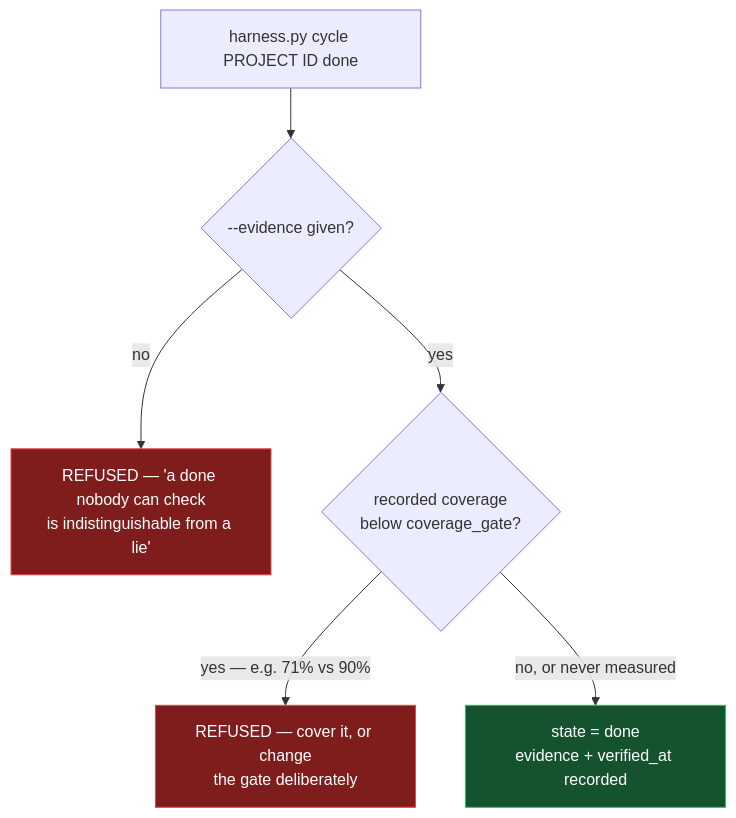
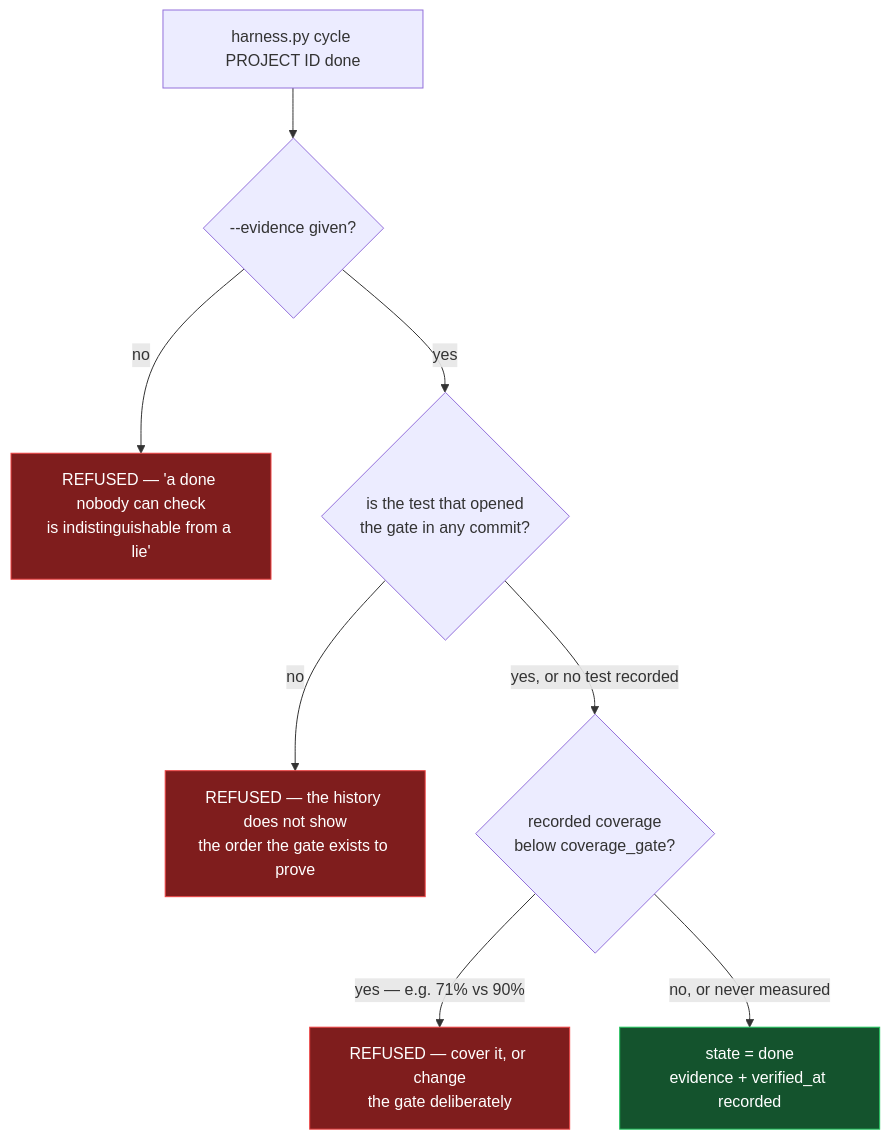
One commit to tonsai987654321/claude-tdd-harness changed the third of 6 diagrams in docs/FLOW.md. Above: the diagram before and after it, drawn with Mermaid. The commit also changed other lines of this file and 11 other files, not shown here.

````diff
--- a/docs/FLOW.md
+++ b/docs/FLOW.md
@@ -110,12 +118,15 @@
 ```mermaid
 flowchart TD
     A["harness.py cycle PROJECT ID done"] --> B{"--evidence given?"}
     B -- no --> R1["REFUSED — 'a done nobody can check<br/>is indistinguishable from a lie'"]
-    B -- yes --> C{"recorded coverage<br/>below coverage_gate?"}
+    B -- yes --> G{"is the test that opened<br/>the gate in any commit?"}
+    G -- no --> R3["REFUSED — the history does not show<br/>the order the gate exists to prove"]
+    G -- "yes, or no test recorded" --> C{"recorded coverage<br/>below coverage_gate?"}
     C -- "yes — e.g. 71% vs 90%" --> R2["REFUSED — cover it, or change<br/>the gate deliberately"]
     C -- "no, or never measured" --> D["state = done<br/>evidence + verified_at recorded"]
 
     style R1 fill:#7f1d1d,stroke:#ef4444,color:#fff
     style R2 fill:#7f1d1d,stroke:#ef4444,color:#fff
+    style R3 fill:#7f1d1d,stroke:#ef4444,color:#fff
     style D fill:#14532d,stroke:#22c55e,color:#fff
 ```
````
